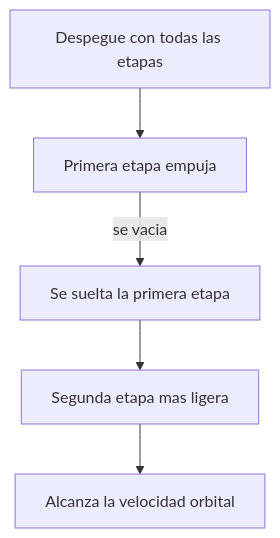
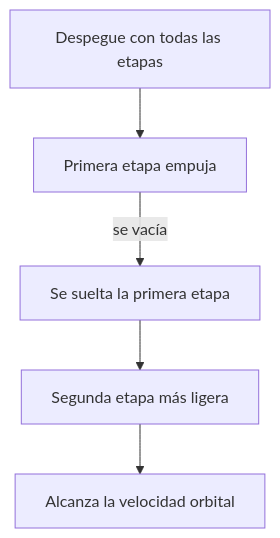
One commit to vladimiracunadev-create/machine-operator-program changed the third of 3 diagrams in vehiculos-fantasticos/thunderbird-3/operacion/sistemas-mecanicos-thunderbird-3.md. Above: the diagram before and after it, drawn with Mermaid. The commit also changed other lines of this file and 442 other files, not shown here.

````diff
--- a/vehiculos-fantasticos/thunderbird-3/operacion/sistemas-mecanicos-thunderbird-3.md
+++ b/vehiculos-fantasticos/thunderbird-3/operacion/sistemas-mecanicos-thunderbird-3.md
@@ -64,7 +64,7 @@
 ```mermaid
 flowchart TD
     Lanzamiento[Despegue con todas las etapas] --> Etapa1[Primera etapa empuja]
-    Etapa1 -->|se vacia| Suelta1[Se suelta la primera etapa]
-    Suelta1 --> Etapa2[Segunda etapa mas ligera]
+    Etapa1 -->|se vacía| Suelta1[Se suelta la primera etapa]
+    Suelta1 --> Etapa2[Segunda etapa más ligera]
     Etapa2 --> Orbita[Alcanza la velocidad orbital]
 ```
````
